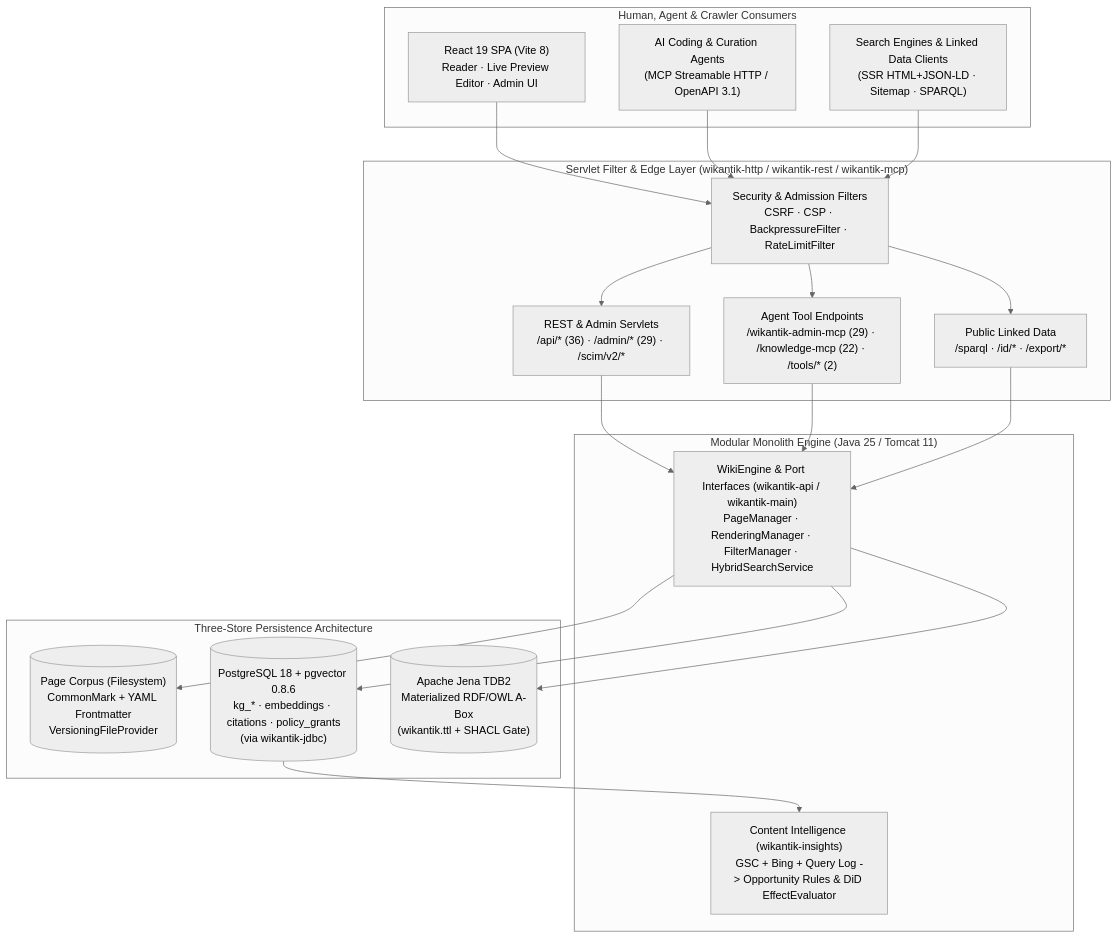
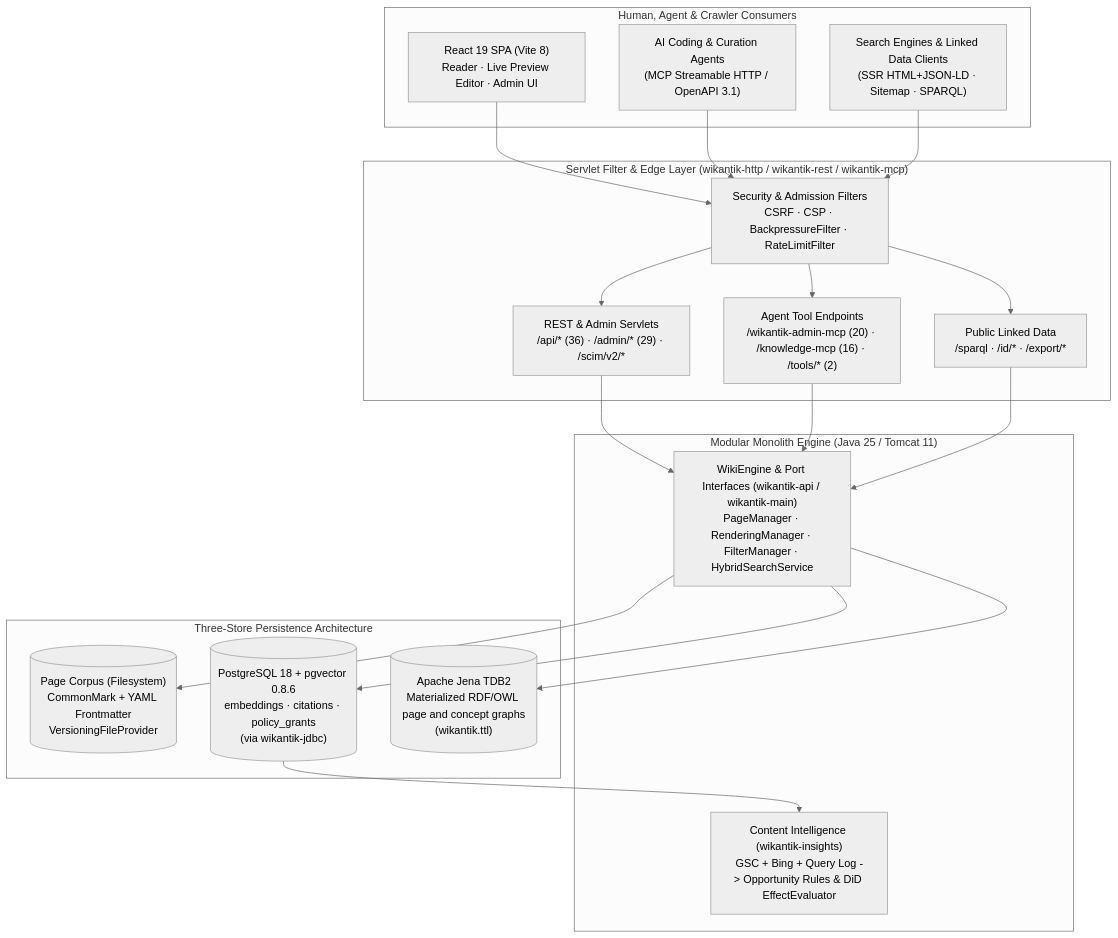
Before and after one commit to jakefearsd/wikantik: the diagram in docs/wikantik-pages/WikantikArchitecture.md, drawn with Mermaid (neutral theme). The commit also changed other lines of this file and 702 other files, not shown here.

First line of the commit message:
feat(kg): delete the Knowledge Graph (step 2): code, tables (V070), ontology entity layer, KG docs retired

````diff
--- a/docs/wikantik-pages/WikantikArchitecture.md
+++ b/docs/wikantik-pages/WikantikArchitecture.md
@@ -75,34 +76,34 @@
 ```mermaid
 flowchart TB
     subgraph Clients["Human, Agent & Crawler Consumers"]
         SPA["React 19 SPA (Vite 8)<br/>Reader · Live Preview Editor · Admin UI"]
         Agents["AI Coding & Curation Agents<br/>(MCP Streamable HTTP / OpenAPI 3.1)"]
         Crawlers["Search Engines & Linked Data Clients<br/>(SSR HTML+JSON-LD · Sitemap · SPARQL)"]
     end
 
     subgraph Edge["Servlet Filter & Edge Layer (wikantik-http / wikantik-rest / wikantik-mcp)"]
         Filters["Security & Admission Filters<br/>CSRF · CSP · BackpressureFilter · RateLimitFilter"]
         Rest["REST & Admin Servlets<br/>/api/* (36) · /admin/* (29) · /scim/v2/*"]
-        Mcp["Agent Tool Endpoints<br/>/wikantik-admin-mcp (29) · /knowledge-mcp (22) · /tools/* (2)"]
+        Mcp["Agent Tool Endpoints<br/>/wikantik-admin-mcp (20) · /knowledge-mcp (16) · /tools/* (2)"]
         Rdf["Public Linked Data<br/>/sparql · /id/* · /export/*"]
     end
 
     subgraph Core["Modular Monolith Engine (Java 25 / Tomcat 11)"]
         Engine["WikiEngine & Port Interfaces (wikantik-api / wikantik-main)<br/>PageManager · RenderingManager · FilterManager · HybridSearchService"]
         Insights["Content Intelligence (wikantik-insights)<br/>GSC + Bing + Query Log -> Opportunity Rules & DiD EffectEvaluator"]
     end
 
     subgraph Storage["Three-Store Persistence Architecture"]
         Files[("Page Corpus (Filesystem)<br/>CommonMark + YAML Frontmatter<br/>VersioningFileProvider")]
-        PG[("PostgreSQL 18 + pgvector 0.8.6<br/>kg_* · embeddings · citations · policy_grants<br/>(via wikantik-jdbc)")]
-        TDB2[("Apache Jena TDB2<br/>Materialized RDF/OWL A-Box<br/>(wikantik.ttl + SHACL Gate)")]
+        PG[("PostgreSQL 18 + pgvector 0.8.6<br/>embeddings · citations · policy_grants<br/>(via wikantik-jdbc)")]
+        TDB2[("Apache Jena TDB2<br/>Materialized RDF/OWL page and concept graphs<br/>(wikantik.ttl)")]
     end
 
     SPA --> Filters
     Agents --> Filters
     Crawlers --> Filters
     Filters --> Rest & Mcp & Rdf
     Rest & Mcp & Rdf --> Engine
     Engine --> Files & PG & TDB2
     PG --> Insights
 ```
````
